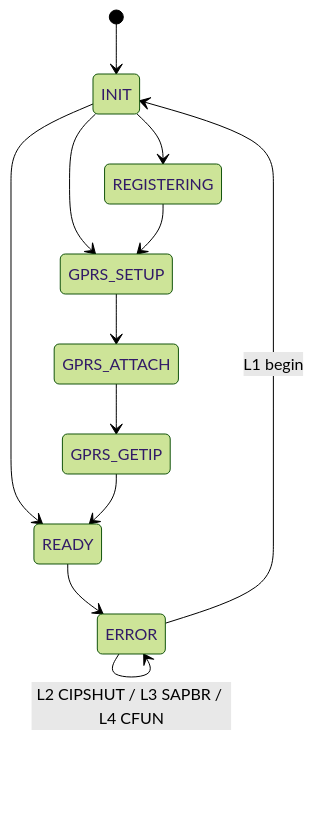
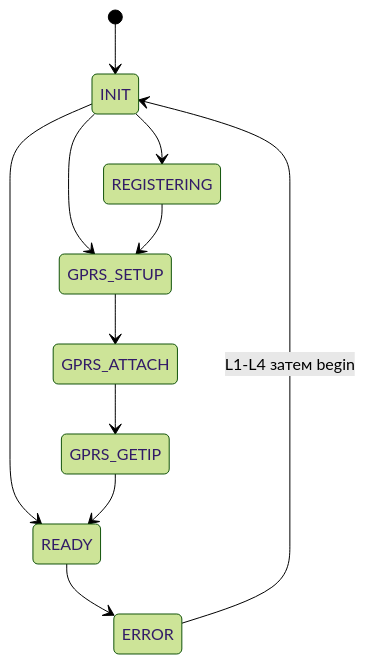
Before and after one commit to El-Vasao/AutoStartEspUnit: the diagram in docs/modules/gsm.md, drawn with Mermaid (forest theme). The commit also changed other lines of this file and 27 other files, not shown here.

````diff
--- a/docs/modules/gsm.md
+++ b/docs/modules/gsm.md
@@ -5,14 +5,13 @@
 ```mermaid
 stateDiagram-v2
   [*] --> INIT
   INIT --> REGISTERING
   INIT --> GPRS_SETUP
   INIT --> READY
   REGISTERING --> GPRS_SETUP
   GPRS_SETUP --> GPRS_ATTACH
   GPRS_ATTACH --> GPRS_GETIP
   GPRS_GETIP --> READY
   READY --> ERROR
-  ERROR --> INIT: L1 begin
-  ERROR --> ERROR: L2 CIPSHUT / L3 SAPBR / L4 CFUN
+  ERROR --> INIT: L1-L4 затем begin
 ```
````
